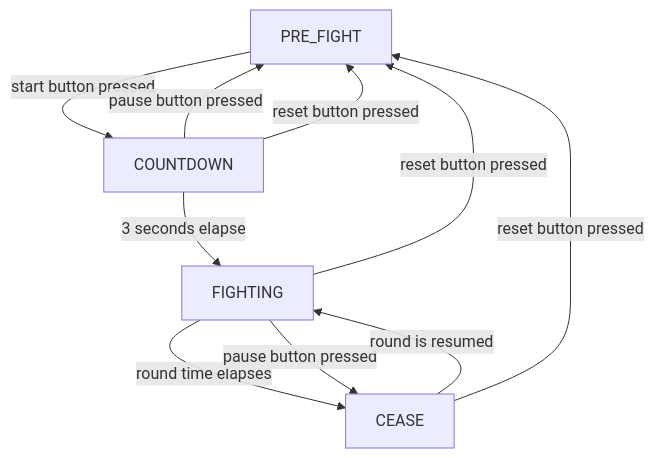
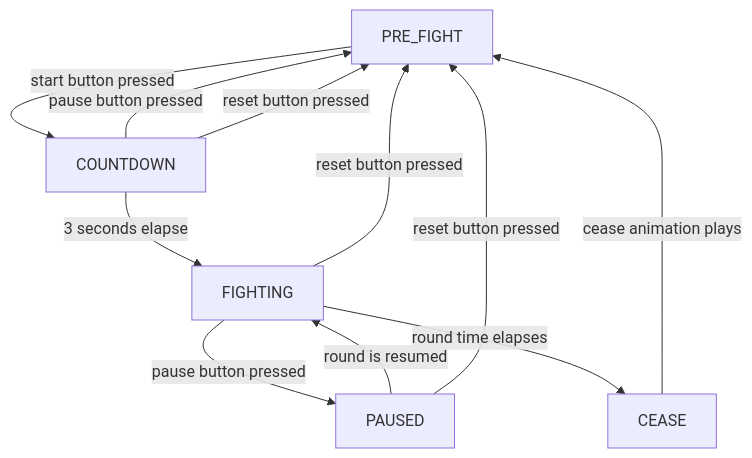
One commit to Blayzeing/CRoCS changed the first of 2 diagrams in README.md. Above: the diagram before and after it, drawn with Mermaid. The commit also changed other lines of this file, not shown here.

Commit message:
Fixes title typo, updates state diagram

````diff
--- a/README.md
+++ b/README.md
@@ -7,12 +7,12 @@
 ```mermaid
 graph TD;
   PRE_FIGHT --start button pressed--> COUNTDOWN
   COUNTDOWN --3 seconds elapse--> FIGHTING
   COUNTDOWN --pause button pressed --> PRE_FIGHT
   COUNTDOWN --reset button pressed --> PRE_FIGHT
-  FIGHTING --round time elapses--> CEASE
-  FIGHTING --pause button pressed--> CEASE
   FIGHTING --reset button pressed--> PRE_FIGHT
-  CEASE --round is resumed--> FIGHTING
-  CEASE --reset button pressed--> PRE_FIGHT
+  PAUSED --round is resumed--> FIGHTING
+  PAUSED --reset button pressed--> PRE_FIGHT
+  FIGHTING --pause button pressed--> PAUSED
+  FIGHTING --round time elapses--> CEASE --cease animation plays--> PRE_FIGHT
 ```
````
